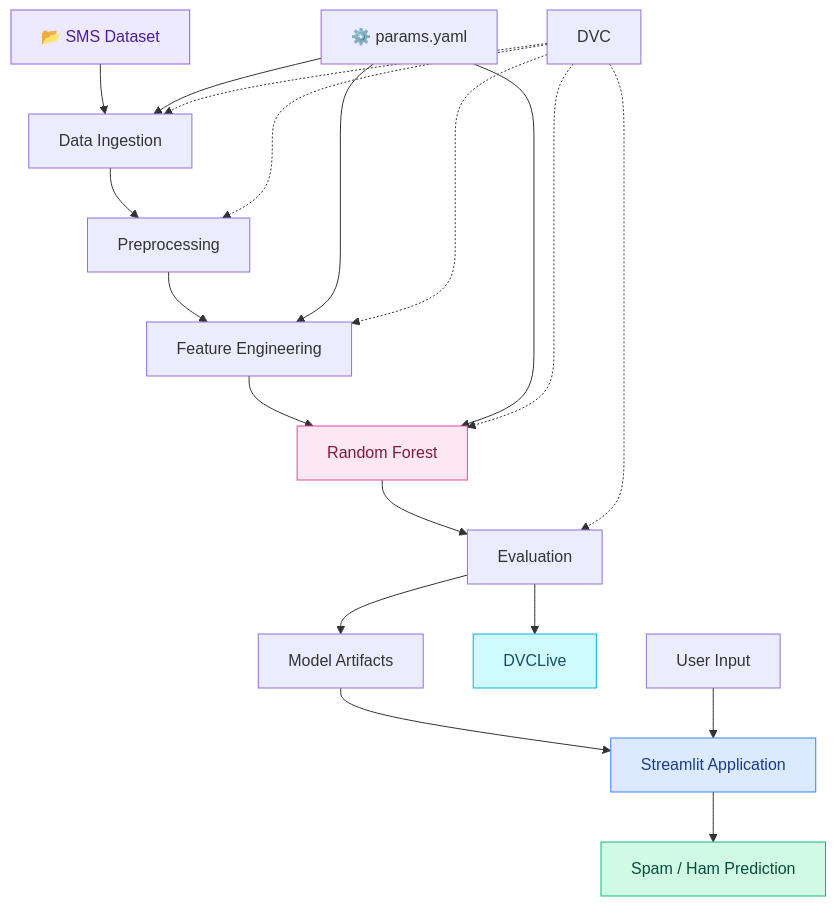
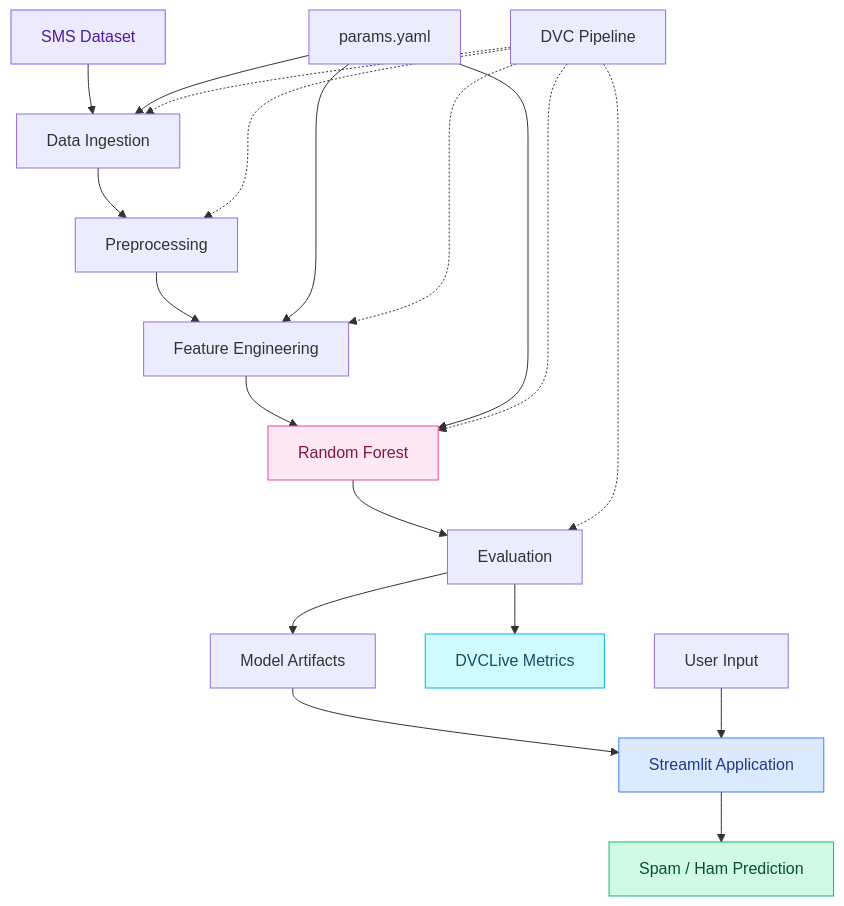
Before and after one commit to Shashikala-11/SpamShield: the second of 2 diagrams in README.md, drawn with Mermaid. The commit also changed other lines of this file, not shown here.

````diff
--- a/README.md
+++ b/README.md
@@ -210,31 +282,31 @@
 ```mermaid
 flowchart TB
-    A["📂 SMS Dataset"] --> B["Data Ingestion"]
+    A["SMS Dataset"] --> B["Data Ingestion"]
     B --> C["Preprocessing"]
     C --> D["Feature Engineering"]
     D --> E["Random Forest"]
     E --> F["Evaluation"]
     F --> G["Model Artifacts"]
 
-    H["⚙️ params.yaml"] --> B
-    H --> D
-    H --> E
+    P["params.yaml"] --> B
+    P --> D
+    P --> E
 
-    I["DVC"] -.-> B
-    I -.-> C
-    I -.-> D
-    I -.-> E
-    I -.-> F
+    H["DVC Pipeline"] -.-> B
+    H -.-> C
+    H -.-> D
+    H -.-> E
+    H -.-> F
 
-    F --> J["DVCLive"]
+    F --> I["DVCLive Metrics"]
 
-    G --> K["Streamlit Application"]
-    L["User Input"] --> K
-    K --> M["Spam / Ham Prediction"]
+    G --> J["Streamlit Application"]
+    K["User Input"] --> J
+    J --> L["Spam / Ham Prediction"]
 
     style A fill:#EDE9FE,stroke:#8B5CF6,color:#4C1D95
     style E fill:#FCE7F3,stroke:#EC4899,color:#831843
-    style J fill:#CFFAFE,stroke:#06B6D4,color:#164E63
-    style K fill:#DBEAFE,stroke:#3B82F6,color:#1E3A8A
-    style M fill:#D1FAE5,stroke:#10B981,color:#064E3B
+    style I fill:#CFFAFE,stroke:#06B6D4,color:#164E63
+    style J fill:#DBEAFE,stroke:#3B82F6,color:#1E3A8A
+    style L fill:#D1FAE5,stroke:#10B981,color:#064E3B
 ```
````
